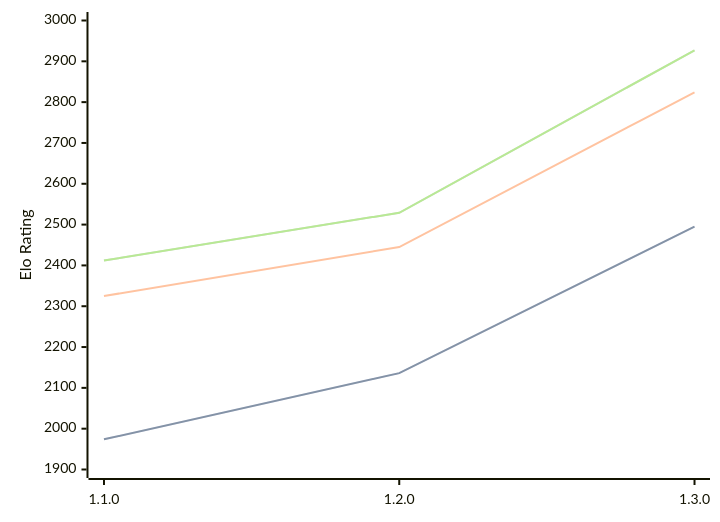
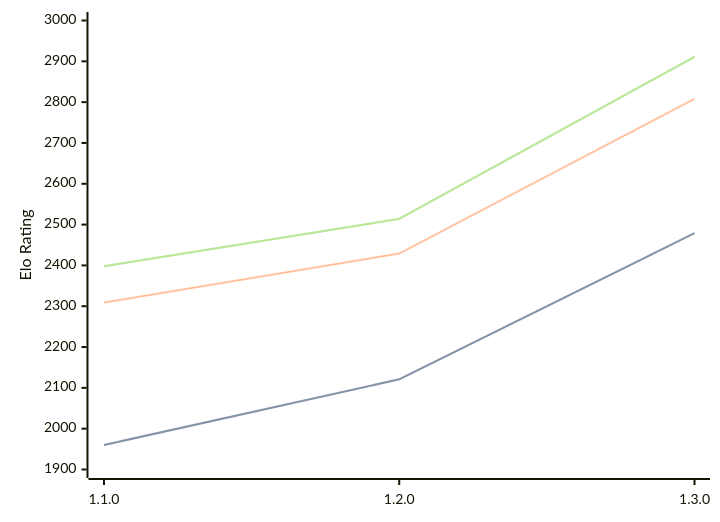
Before and after one commit to computer-chess-index/cci: the diagram in engines/Gyatso.md, drawn with Mermaid. The commit also changed other lines of this file, not shown here.

Commit message:
Update CCI Ratings (ELO VLTC) - 2026-05-20

````diff
--- a/engines/Gyatso.md
+++ b/engines/Gyatso.md
@@ -34,11 +34,11 @@
 ```mermaid
 %%{init: {"theme":"base","themeVariables":{"seriesColors:['#a3a3a3','#222221','#faa371']}}}%%
 xychart-beta
   x-axis ["1.1.0", "1.2.0", "1.3.0"]
   y-axis "Elo Rating" 1900 --> 3000
-  line "STC (8.0+0.08s)" [1974, 2136, 2495]
-  line "STC (8.0+0.08s)" [1974, 2136, 2495]
-  line "LTC (60.0+0.60s)" [2325, 2445, 2824]
-  line "VLTC (2m24s+1.12s)" [2412, 2529, 2927]
-  line "VLTC (2m24s+1.12s)" [2412, 2529, 2927]
+  line "STC (8.0+0.08s)" [1960, 2121, 2479]
+  line "STC (8.0+0.08s)" [1960, 2121, 2479]
+  line "LTC (60.0+0.60s)" [2309, 2429, 2808]
+  line "VLTC (2m24s+1.12s)" [2398, 2514, 2911]
+  line "VLTC (2m24s+1.12s)" [2398, 2514, 2911]
 ```
````
